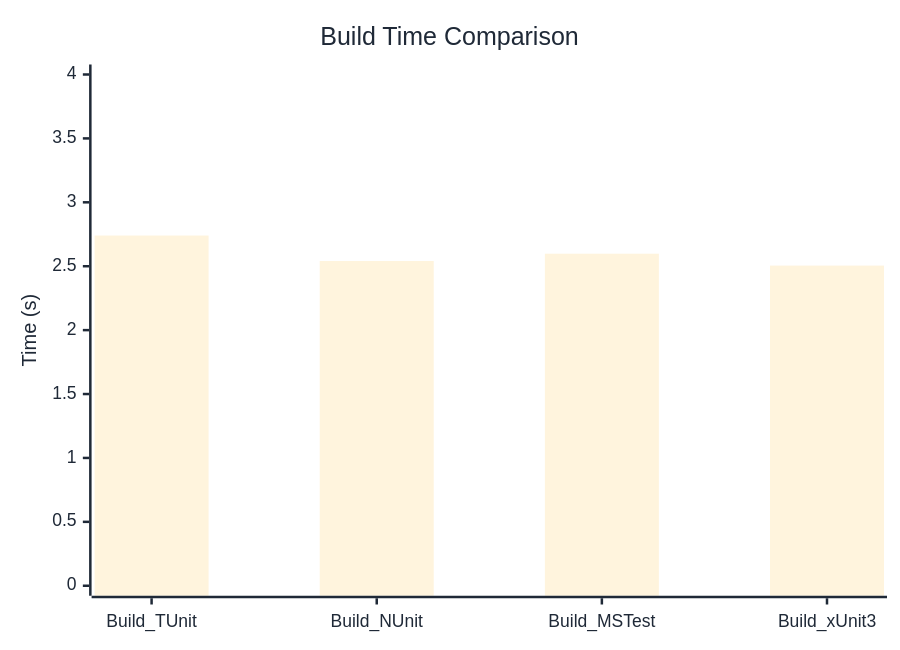
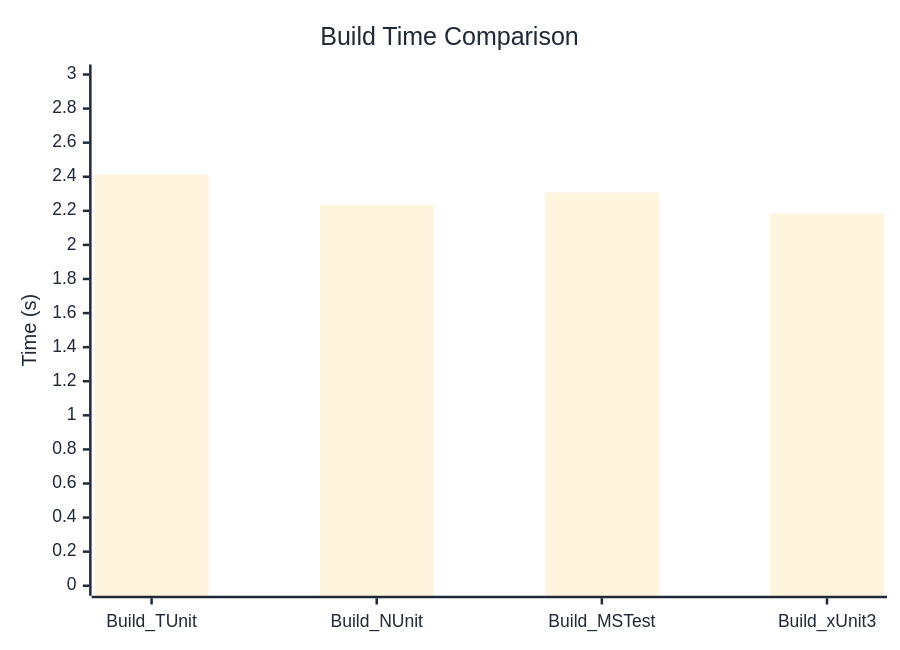
One commit to thomhurst/TUnit changed the diagram in docs/docs/benchmarks/BuildTime.md. Above: the diagram before and after it, drawn with Mermaid. The commit also changed other lines of this file and 17 other files, not shown here.

````diff
--- a/docs/docs/benchmarks/BuildTime.md
+++ b/docs/docs/benchmarks/BuildTime.md
@@ -28,37 +28,37 @@
 ```mermaid
 %%{init: {
   'theme':'base',
   'themeVariables': {
     'primaryColor': '#2563eb',
     'primaryTextColor': '#1f2937',
     'primaryBorderColor': '#1e40af',
     'lineColor': '#6b7280',
     'secondaryColor': '#7c3aed',
     'tertiaryColor': '#dc2626',
     'background': '#ffffff',
     'mainBkg': '#2563eb',
     'secondBkg': '#7c3aed',
     'tertiaryBkg': '#dc2626',
     'clusterBkg': '#f3f4f6',
     'edgeLabelBackground': '#ffffff',
     'tertiaryTextColor': '#1f2937',
     'pie1': '#2563eb',
     'pie2': '#7c3aed',
     'pie3': '#dc2626',
     'pie4': '#f59e0b',
     'pie5': '#10b981',
     'pie6': '#06b6d4',
     'pie7': '#ec4899',
     'pie8': '#6366f1',
     'pie9': '#84cc16',
     'pie10': '#f97316',
     'pie11': '#14b8a6',
     'pie12': '#a855f7'
   }
 }}%%
 xychart-beta
   title "Build Time Comparison"
   x-axis ["Build_TUnit", "Build_NUnit", "Build_MSTest", "Build_xUnit3"]
-  y-axis "Time (s)" 0 --> 4
-  bar [2.74, 2.541, 2.598, 2.505]
+  y-axis "Time (s)" 0 --> 3
+  bar [2.412, 2.235, 2.308, 2.184]
 ```
````
